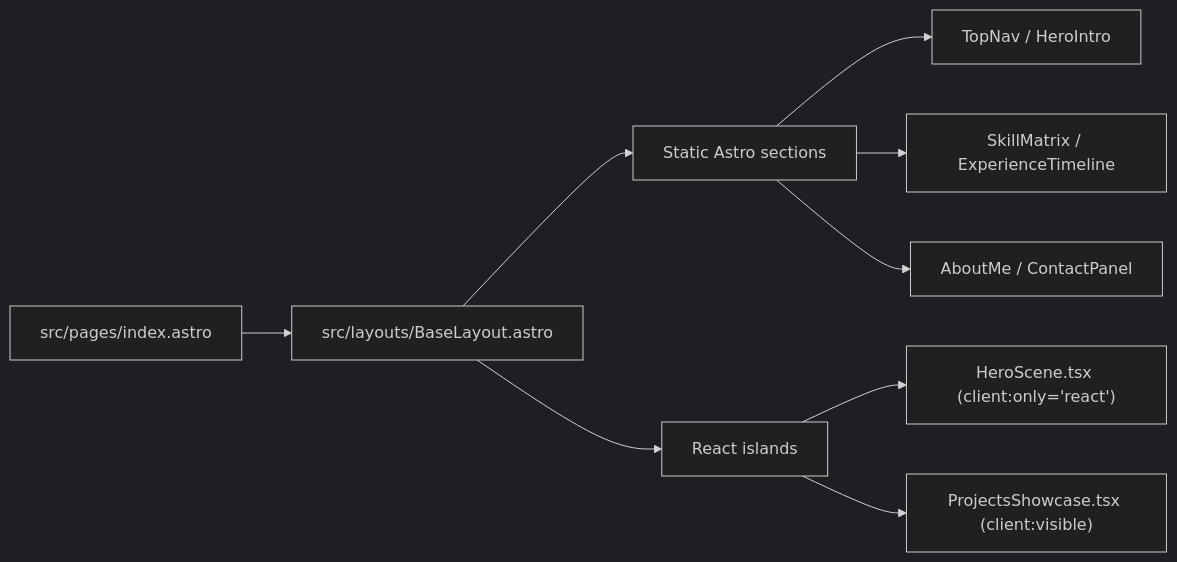
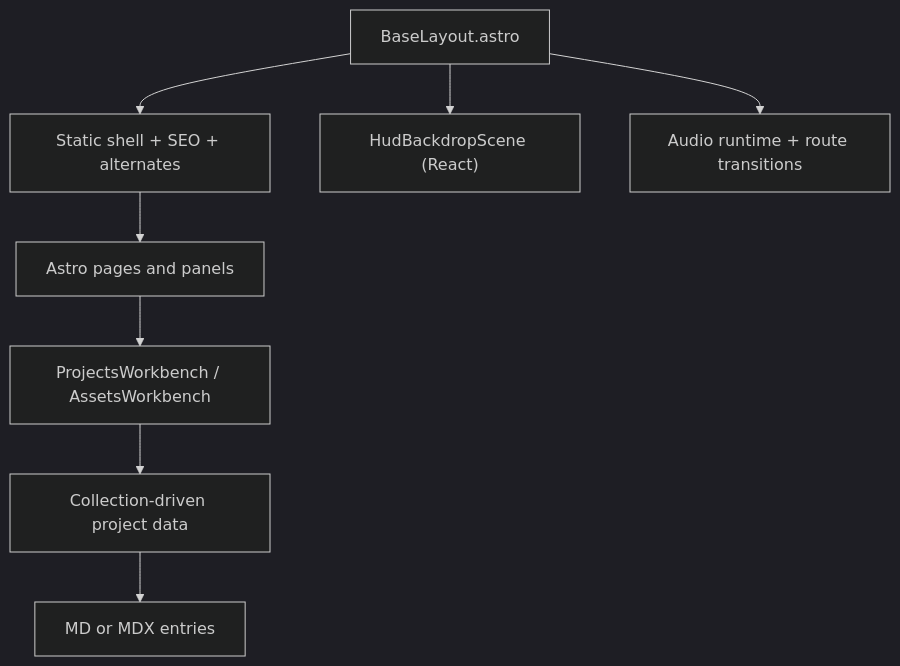
Before and after one commit to CrioNIK/Web-resume: the second of 3 diagrams in README.md, drawn with Mermaid (dark theme). The commit also changed other lines of this file and 127 other files, not shown here.

````diff
--- a/README.md
+++ b/README.md
@@ -53,13 +67,10 @@
 ```mermaid
-flowchart LR
-  A["src/pages/index.astro"] --> B["src/layouts/BaseLayout.astro"]
-  B --> C["Static Astro sections"]
-  B --> D["React islands"]
-
-  C --> C1["TopNav / HeroIntro"]
-  C --> C2["SkillMatrix / ExperienceTimeline"]
-  C --> C3["AboutMe / ContactPanel"]
-
-  D --> D1["HeroScene.tsx (client:only='react')"]
-  D --> D2["ProjectsShowcase.tsx (client:visible)"]
+flowchart TD
+  L["BaseLayout.astro"] --> S["Static shell + SEO + alternates"]
+  L --> V["HudBackdropScene (React)"]
+  L --> A["Audio runtime + route transitions"]
+  S --> P["Astro pages and panels"]
+  P --> W["ProjectsWorkbench / AssetsWorkbench"]
+  W --> D["Collection-driven project data"]
+  D --> M["MD or MDX entries"]
 ```
````
